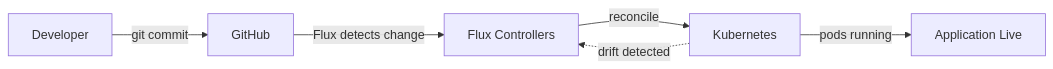
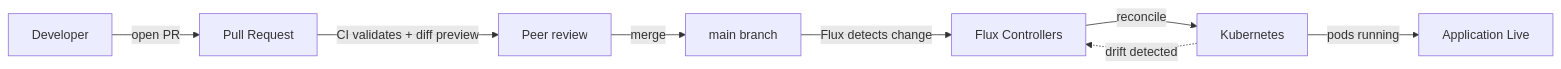
Before and after one commit to Kagiso-me/homelab-infrastructure: the first of 3 diagrams in docs/guides/12-Applications-GitOps.md, drawn with Mermaid. The commit also changed other lines of this file and 47 other files, not shown here.

````diff
--- a/docs/guides/12-Applications-GitOps.md
+++ b/docs/guides/12-Applications-GitOps.md
@@ -46,8 +44,10 @@
 ```mermaid
 graph LR
-    Dev["Developer"] -->|"git commit"| Repo["GitHub"]
-    Repo -->|"Flux detects change"| Flux["Flux Controllers"]
+    Dev["Developer"] -->|"open PR"| PR["Pull Request"]
+    PR -->|"CI validates + diff preview"| Review["Peer review"]
+    Review -->|"merge"| Main["main branch"]
+    Main -->|"Flux detects change"| Flux["Flux Controllers"]
     Flux -->|"reconcile"| K8s["Kubernetes"]
     K8s -->|"pods running"| App["Application Live"]
     K8s -.->|"drift detected"| Flux
 ```
````
